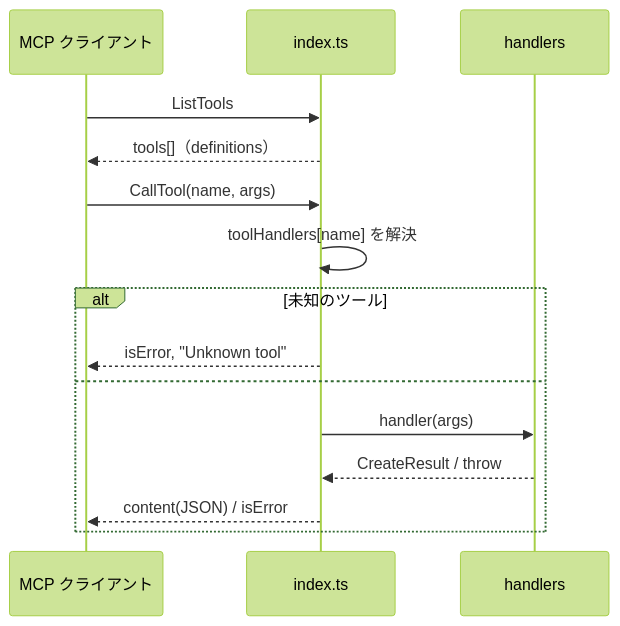
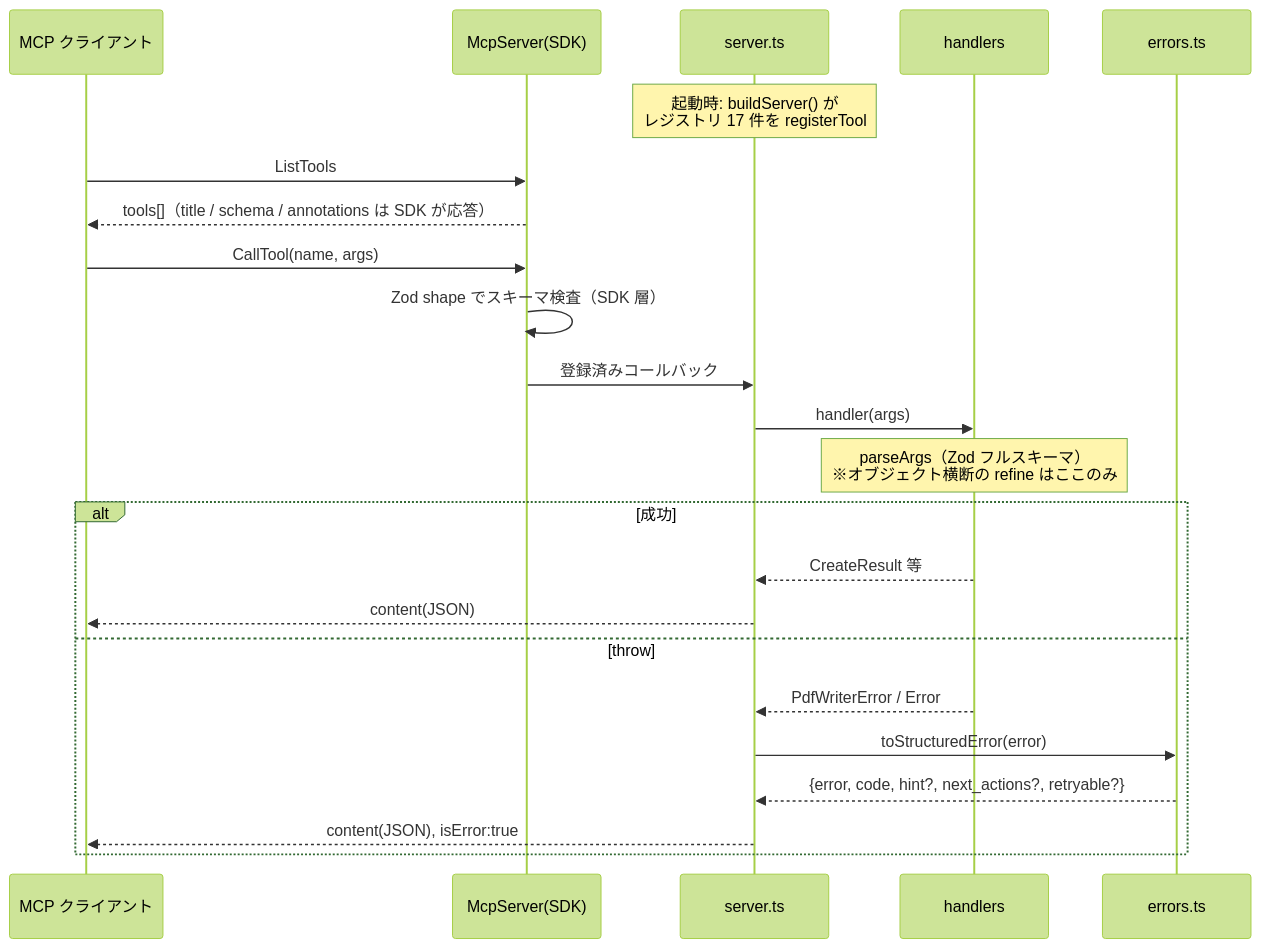
One commit to shuji-bonji/pdf-writer-mcp changed the third of 8 diagrams in docs/DESIGN.md. Above: the diagram before and after it, drawn with Mermaid (forest theme). The commit also changed other lines of this file and 4 other files, not shown here.

````diff
--- a/docs/DESIGN.md
+++ b/docs/DESIGN.md
@@ -217,17 +239,25 @@
 ```mermaid
 sequenceDiagram
   participant Client as MCP クライアント
-  participant Index as index.ts
+  participant SDK as McpServer(SDK)
+  participant S as server.ts
   participant H as handlers
-  Client->>Index: ListTools
-  Index-->>Client: tools[]（definitions）
-  Client->>Index: CallTool(name, args)
-  Index->>Index: toolHandlers[name] を解決
-  alt 未知のツール
-    Index-->>Client: isError, "Unknown tool"
-  else
-    Index->>H: handler(args)
-    H-->>Index: CreateResult / throw
-    Index-->>Client: content(JSON) / isError
+  participant E as errors.ts
+  Note over S: 起動時: buildServer() が<br/>レジストリ 17 件を registerTool
+  Client->>SDK: ListTools
+  SDK-->>Client: tools[]（title / schema / annotations は SDK が応答）
+  Client->>SDK: CallTool(name, args)
+  SDK->>SDK: Zod shape でスキーマ検査（SDK 層）
+  SDK->>S: 登録済みコールバック
+  S->>H: handler(args)
+  Note over H: parseArgs（Zod フルスキーマ）<br/>※オブジェクト横断の refine はここのみ
+  alt 成功
+    H-->>S: CreateResult 等
+    S-->>Client: content(JSON)
+  else throw
+    H-->>S: PdfWriterError / Error
+    S->>E: toStructuredError(error)
+    E-->>S: {error, code, hint?, next_actions?, retryable?}
+    S-->>Client: content(JSON), isError:true
   end
 ```
````
